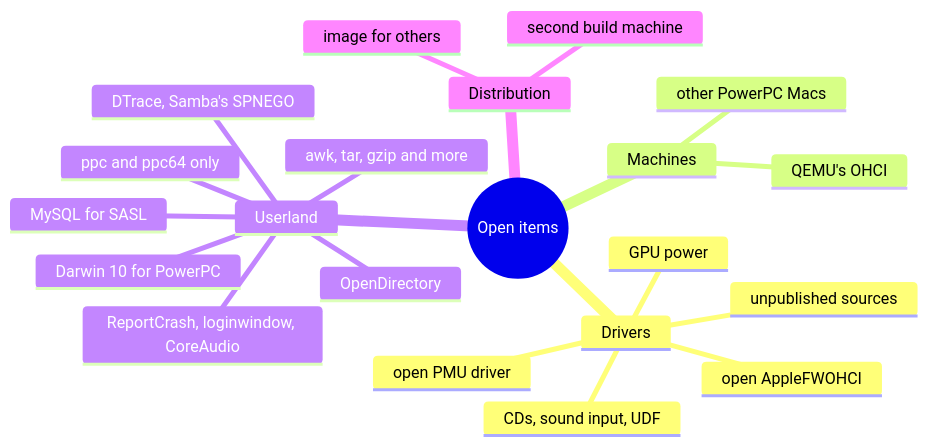
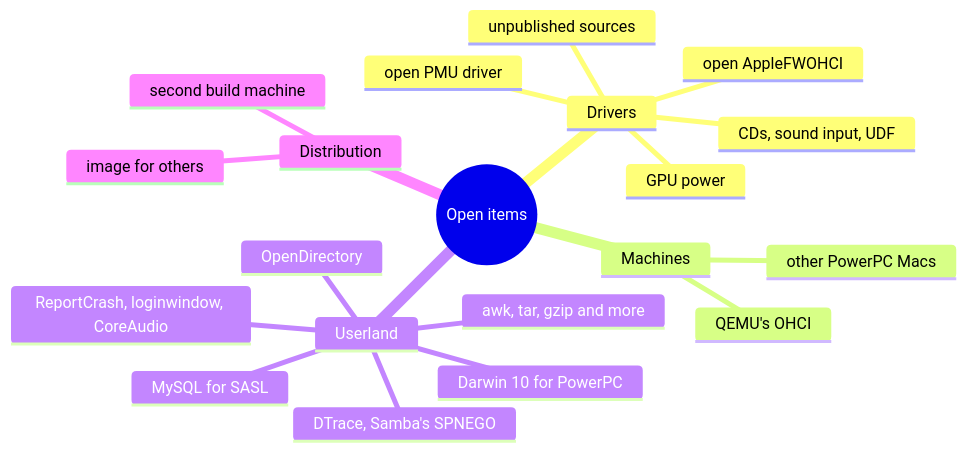
One commit to nyg/PowerDarwin changed the diagram in docs/src/steps/whats-next.md. Above: the diagram before and after it, drawn with Mermaid. The commit also changed other lines of this file and 21 other files, not shown here.

````diff
--- a/docs/src/steps/whats-next.md
+++ b/docs/src/steps/whats-next.md
@@ -103,24 +102,23 @@
 ```mermaid
 mindmap
   root((Open items))
     Drivers
       open PMU driver
       open AppleFWOHCI
       GPU power
       CDs, sound input, UDF
       unpublished sources
     Machines
       other PowerPC Macs
       QEMU's OHCI
     Userland
       OpenDirectory
       ReportCrash, loginwindow, CoreAudio
       MySQL for SASL
       awk, tar, gzip and more
       DTrace, Samba's SPNEGO
-      ppc and ppc64 only
       Darwin 10 for PowerPC
     Distribution
       image for others
       second build machine
 ```
````
